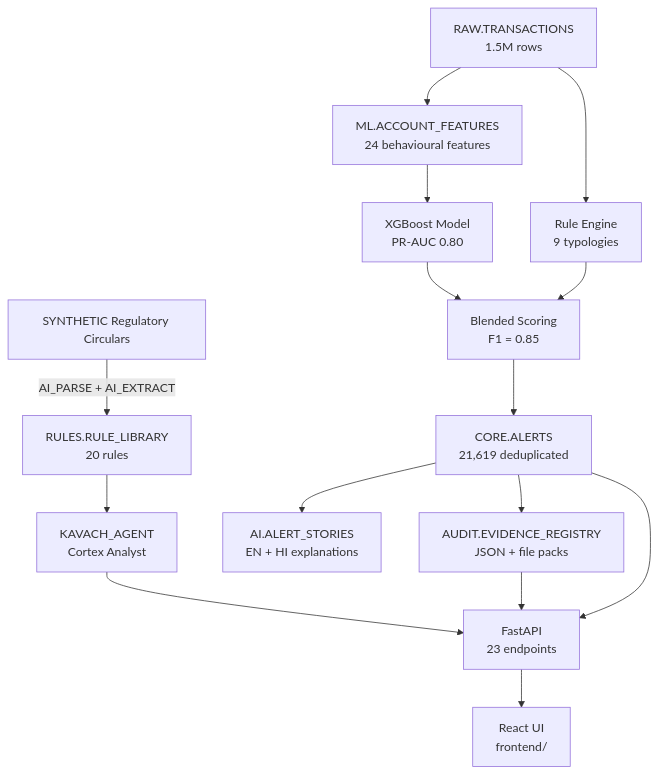
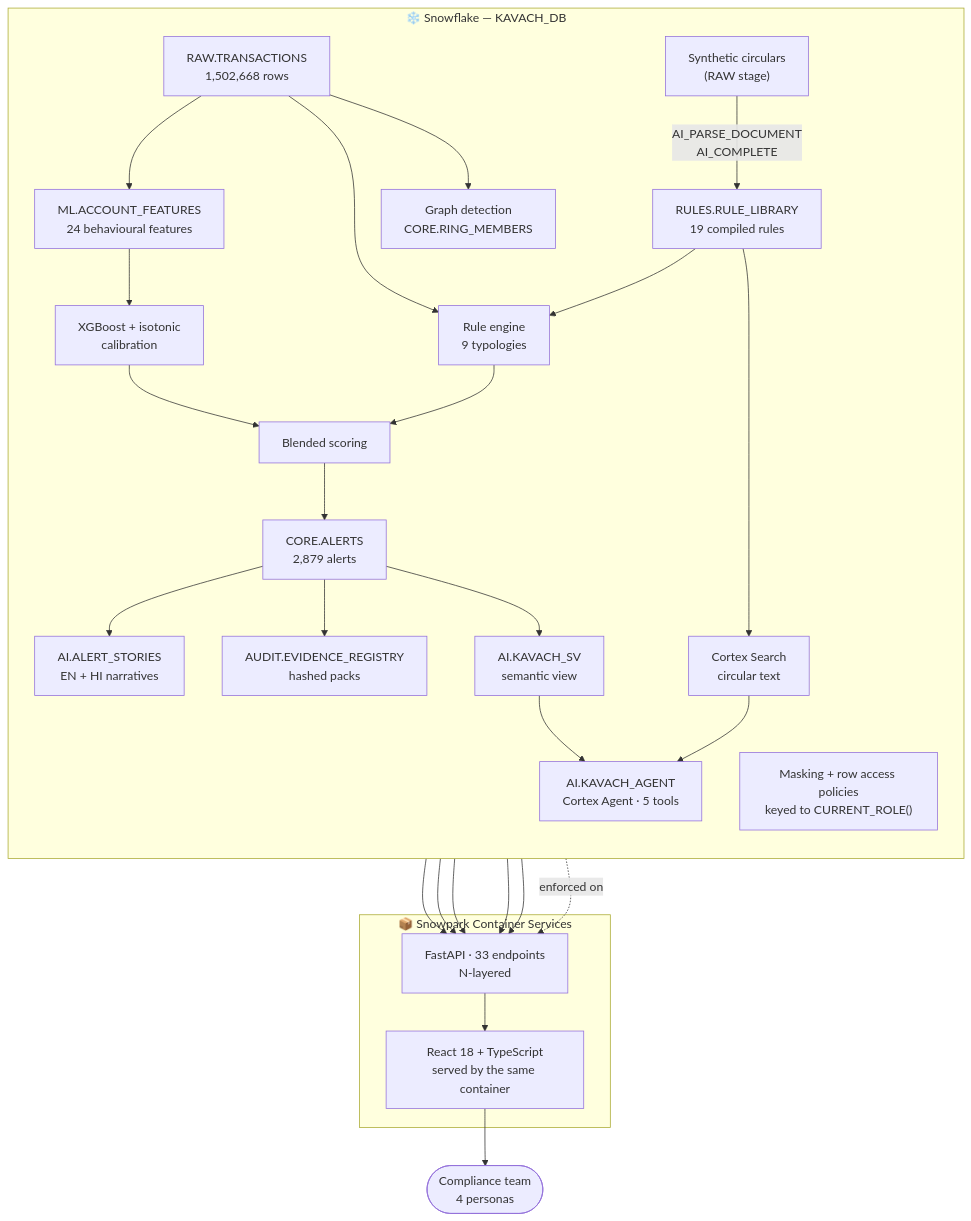
One commit to PRATHAMAHUJA001/KAVACH changed the diagram in README.md. Above: the diagram before and after it, drawn with Mermaid. The commit also changed other lines of this file and 8 other files, not shown here.

````diff
--- a/README.md
+++ b/README.md
@@ -78,17 +277,36 @@
 ```mermaid
 graph TB
-    PDFs[SYNTHETIC Regulatory Circulars] -->|AI_PARSE + AI_EXTRACT| Rules[RULES.RULE_LIBRARY<br/>20 rules]
-    Txns[RAW.TRANSACTIONS<br/>1.5M rows] --> Features[ML.ACCOUNT_FEATURES<br/>24 behavioural features]
-    Features --> ML[XGBoost Model<br/>PR-AUC 0.80]
-    Txns --> RuleEngine[Rule Engine<br/>9 typologies]
-    ML --> Blended[Blended Scoring<br/>F1 = 0.85]
-    RuleEngine --> Blended
-    Blended --> Alerts[CORE.ALERTS<br/>21,619 deduplicated]
-    Alerts --> Stories[AI.ALERT_STORIES<br/>EN + HI explanations]
-    Alerts --> Evidence[AUDIT.EVIDENCE_REGISTRY<br/>JSON + file packs]
-    Rules --> Agent[KAVACH_AGENT<br/>Cortex Analyst]
-    Agent --> API[FastAPI<br/>23 endpoints]
-    Alerts --> API
-    Evidence --> API
-    API --> UI[React UI<br/>frontend/]
+    subgraph SF["❄️ Snowflake — KAVACH_DB"]
+        direction TB
+        CIRC["Synthetic circulars<br/>(RAW stage)"] -->|AI_PARSE_DOCUMENT<br/>AI_COMPLETE| RULES["RULES.RULE_LIBRARY<br/>19 compiled rules"]
+        TXN["RAW.TRANSACTIONS<br/>1,502,668 rows"] --> FEAT["ML.ACCOUNT_FEATURES<br/>24 behavioural features"]
+        FEAT --> XGB["XGBoost + isotonic<br/>calibration"]
+        TXN --> ENGINE["Rule engine<br/>9 typologies"]
+        RULES --> ENGINE
+        XGB --> BLEND["Blended scoring"]
+        ENGINE --> BLEND
+        BLEND --> ALERTS["CORE.ALERTS<br/>2,879 alerts"]
+        TXN --> GRAPH["Graph detection<br/>CORE.RING_MEMBERS"]
+        ALERTS --> STORY["AI.ALERT_STORIES<br/>EN + HI narratives"]
+        ALERTS --> EVID["AUDIT.EVIDENCE_REGISTRY<br/>hashed packs"]
+        RULES --> SEARCH["Cortex Search<br/>circular text"]
+        ALERTS --> SV["AI.KAVACH_SV<br/>semantic view"]
+        SV --> AGENT["AI.KAVACH_AGENT<br/>Cortex Agent · 5 tools"]
+        SEARCH --> AGENT
+        MASK["Masking + row access policies<br/>keyed to CURRENT_ROLE()"]
+    end
+
+    subgraph SPCS["📦 Snowpark Container Services"]
+        API["FastAPI · 33 endpoints<br/>N-layered"]
+        UI["React 18 + TypeScript<br/>served by the same container"]
+    end
+
+    ALERTS --> API
+    STORY --> API
+    EVID --> API
+    AGENT --> API
+    GRAPH --> API
+    MASK -.enforced on.-> API
+    API --> UI
+    UI --> USER(["Compliance team<br/>4 personas"])
 ```
````
